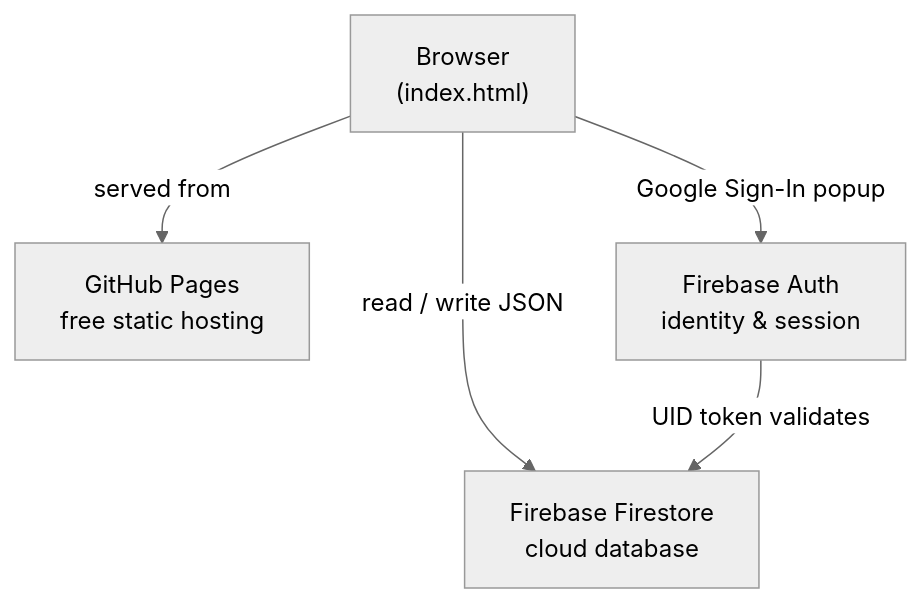
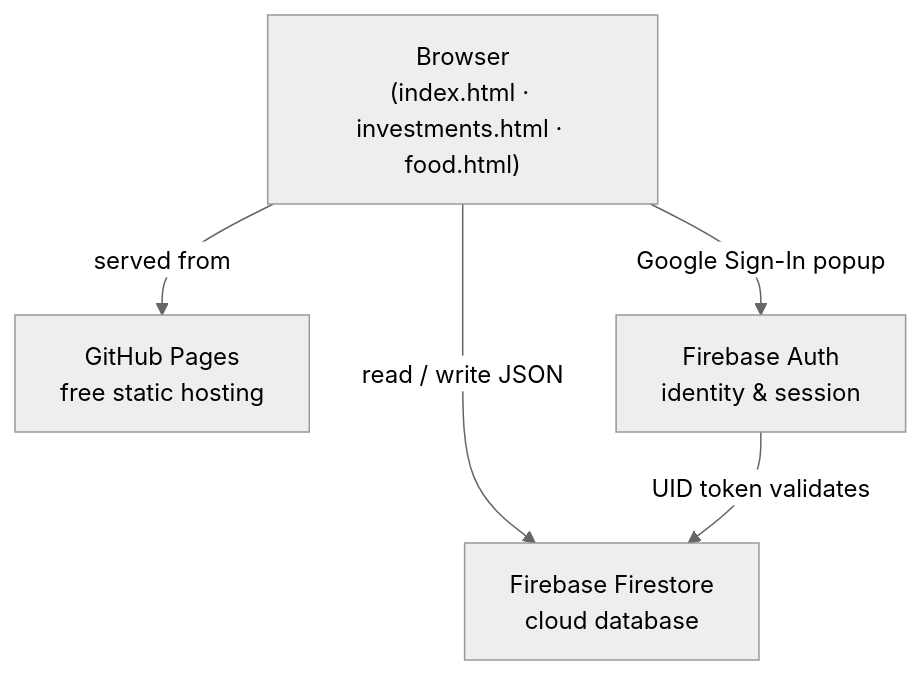
The first of 3 diagrams in README.md (sarath-chandra-dev/shirtoff-tracker), drawn with Mermaid (neutral theme) before and after one commit. The commit also changed other lines of this file and 1 other file, not shown here.

First line of the commit message:
Update README to match current code and add food tracker spec

````diff
--- a/README.md
+++ b/README.md
@@ -9,7 +15,7 @@
 ```mermaid
 graph TD
-    A["Browser\n(index.html)"] -->|served from| B["GitHub Pages\nfree static hosting"]
+    A["Browser\n(index.html · investments.html · food.html)"] -->|served from| B["GitHub Pages\nfree static hosting"]
     A -->|Google Sign-In popup| C["Firebase Auth\nidentity & session"]
     A -->|read / write JSON| D["Firebase Firestore\ncloud database"]
     C -->|UID token validates| D
 ```
````
